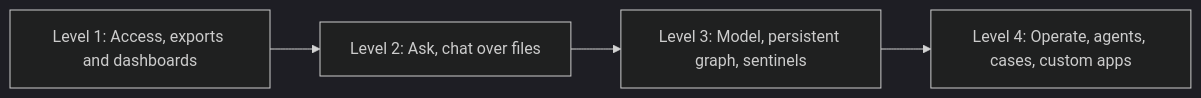
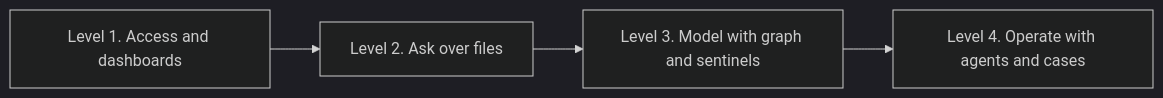
The diagram in guides/building-on-the-layer.mdx (vH3-Digital/docs), drawn with Mermaid (dark theme) before and after one commit. The commit also changed other lines of this file and 5 other files, not shown here.

````diff
--- a/guides/building-on-the-layer.mdx
+++ b/guides/building-on-the-layer.mdx
@@ -36,6 +38,6 @@
 ```mermaid
 flowchart LR
-    L1[Level 1: Access, exports and dashboards] --> L2[Level 2: Ask, chat over files]
-    L2 --> L3[Level 3: Model, persistent graph, sentinels]
-    L3 --> L4[Level 4: Operate, agents, cases, custom apps]
+    L1[Level 1. Access and dashboards] --> L2[Level 2. Ask over files]
+    L2 --> L3[Level 3. Model with graph and sentinels]
+    L3 --> L4[Level 4. Operate with agents and cases]
 ```
````
